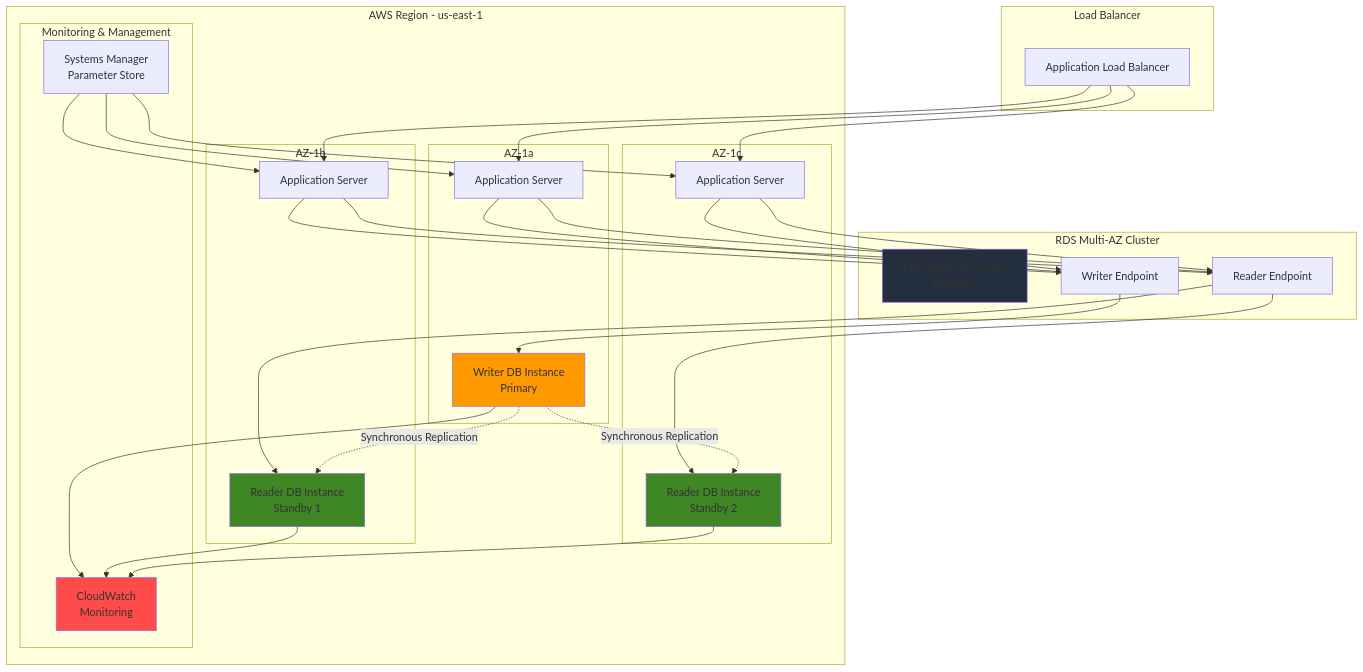
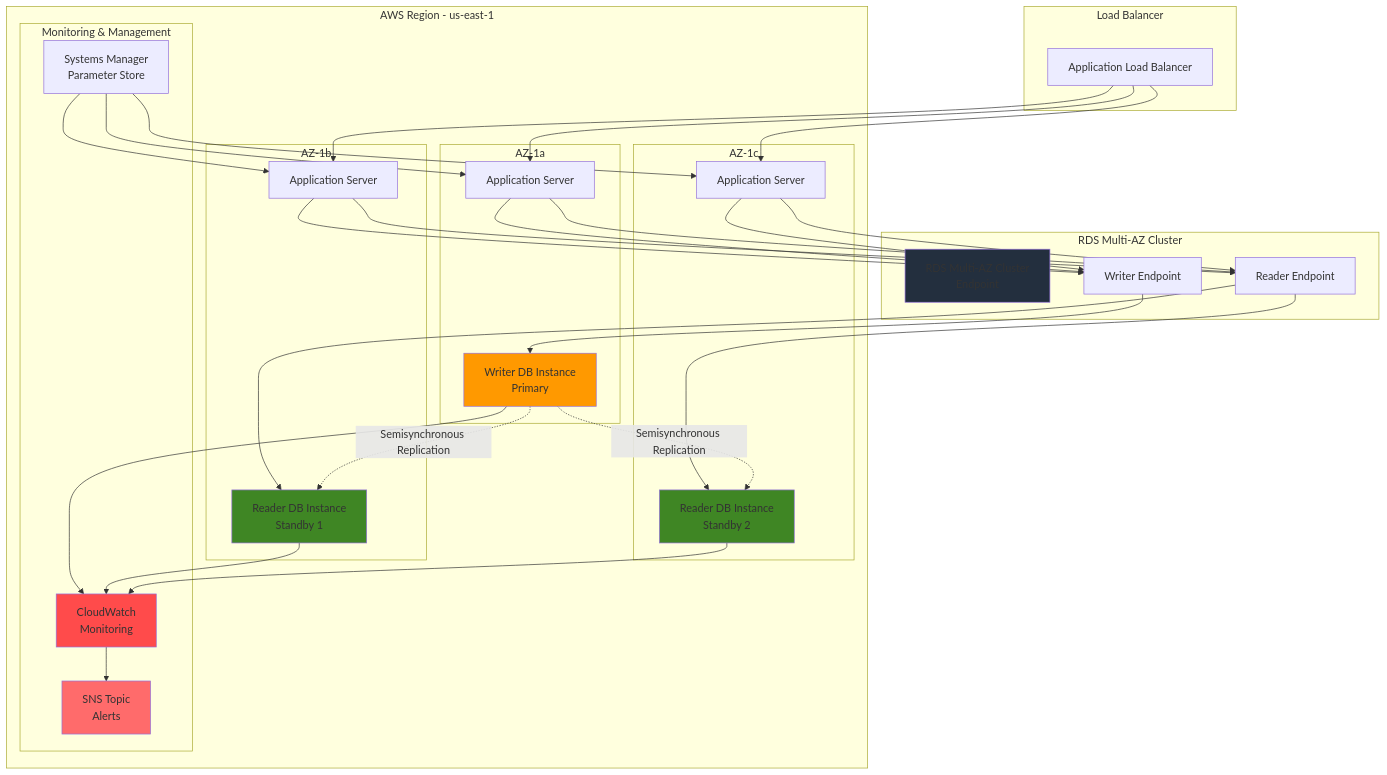
Before and after one commit to mzazon/awesome-cloud-projects: the diagram in aws/establishing-database-high-availability/establishing-database-high-availability.md, drawn with Mermaid. The commit also changed other lines of this file and 5581 other files, not shown here.

````diff
--- a/aws/establishing-database-high-availability/establishing-database-high-availability.md
+++ b/aws/establishing-database-high-availability/establishing-database-high-availability.md
@@ -30,67 +30,71 @@
 ```mermaid
 graph TB
     subgraph "AWS Region - us-east-1"
         subgraph "AZ-1a"
             APP1[Application Server]
             WRITER[Writer DB Instance<br/>Primary]
         end
         
         subgraph "AZ-1b"
             APP2[Application Server]
             READER1[Reader DB Instance<br/>Standby 1]
         end
         
         subgraph "AZ-1c"
             APP3[Application Server]
             READER2[Reader DB Instance<br/>Standby 2]
         end
         
         subgraph "Monitoring & Management"
             CW[CloudWatch<br/>Monitoring]
             SM[Systems Manager<br/>Parameter Store]
+            SNS[SNS Topic<br/>Alerts]
         end
     end
     
     subgraph "Load Balancer"
         ALB[Application Load Balancer]
     end
     
     subgraph "RDS Multi-AZ Cluster"
         CLUSTER[RDS Multi-AZ Cluster<br/>Endpoint]
         WRITER_EP[Writer Endpoint]
         READER_EP[Reader Endpoint]
     end
     
     ALB-->APP1
     ALB-->APP2
     ALB-->APP3
     
     APP1-->WRITER_EP
     APP2-->WRITER_EP
     APP3-->WRITER_EP
     
     APP1-->READER_EP
     APP2-->READER_EP
     APP3-->READER_EP
     
     WRITER_EP-->WRITER
     READER_EP-->READER1
     READER_EP-->READER2
     
-    WRITER-.->|Synchronous Replication|READER1
-    WRITER-.->|Synchronous Replication|READER2
+    WRITER-.->|Semisynchronous Replication|READER1
+    WRITER-.->|Semisynchronous Replication|READER2
     
     WRITER-->CW
     READER1-->CW
     READER2-->CW
+    
+    CW-->SNS
     
     SM-->APP1
     SM-->APP2
     SM-->APP3
     
     style WRITER fill:#FF9900
     style READER1 fill:#3F8624
     style READER2 fill:#3F8624
     style CLUSTER fill:#232F3E
     style CW fill:#FF4B4B
+    style SNS fill:#FF6B6B
 ```
````
